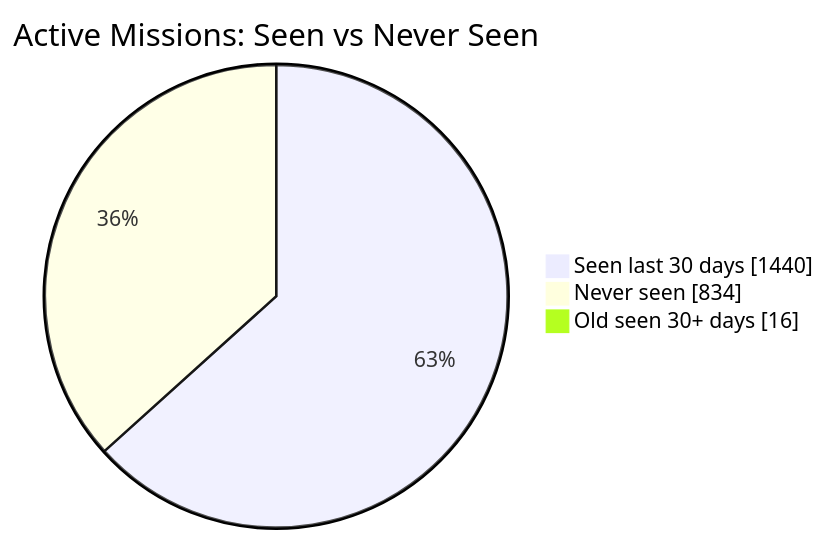
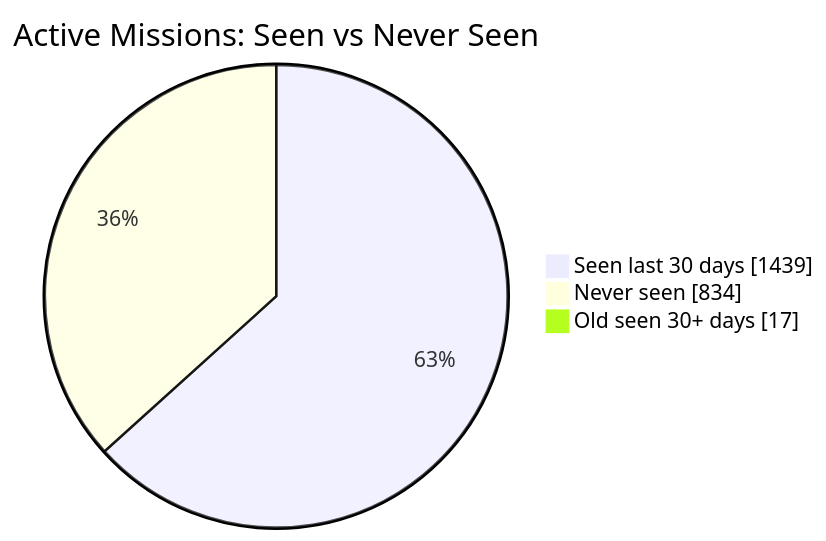
One commit to MeldkamerspelGameTeam/active-missions changed the first of 2 diagrams in README.md. Above: the diagram before and after it, drawn with Mermaid. The commit also changed other lines of this file and 2 other files, not shown here.

````diff
--- a/README.md
+++ b/README.md
@@ -34,7 +34,7 @@
 ```mermaid
 pie showData
     title Active Missions: Seen vs Never Seen
-    "Seen last 30 days" : 1440
+    "Seen last 30 days" : 1439
     "Never seen" : 834
-    "Old seen 30+ days" : 16
+    "Old seen 30+ days" : 17
 ```
````
